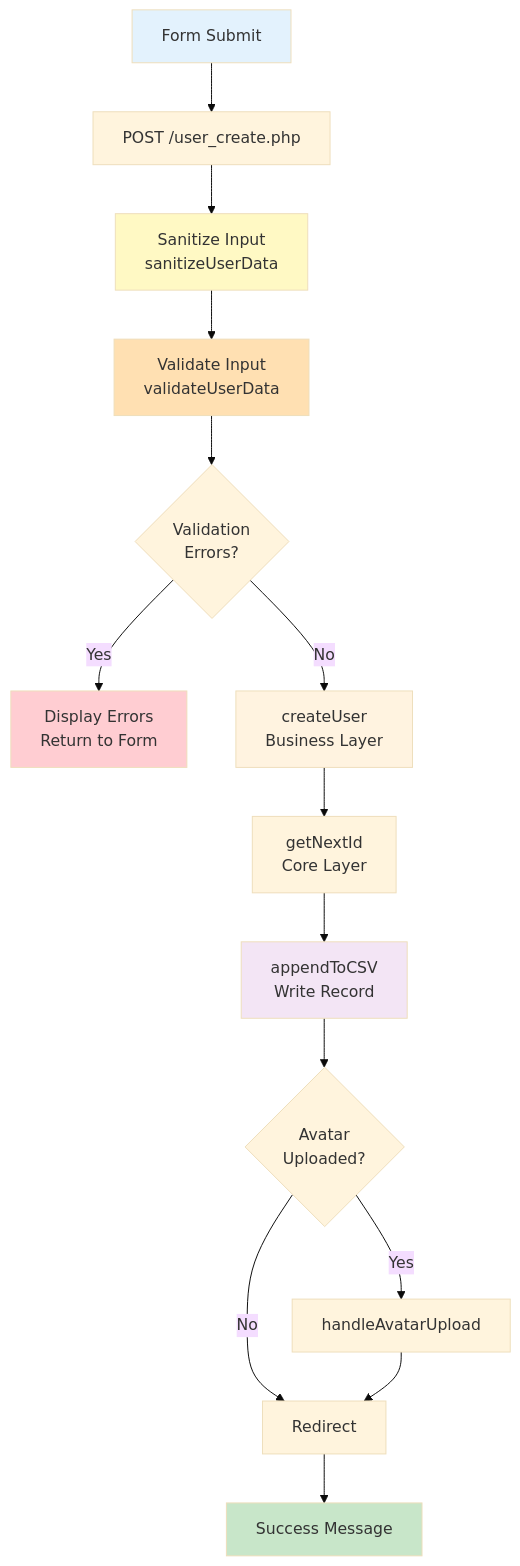
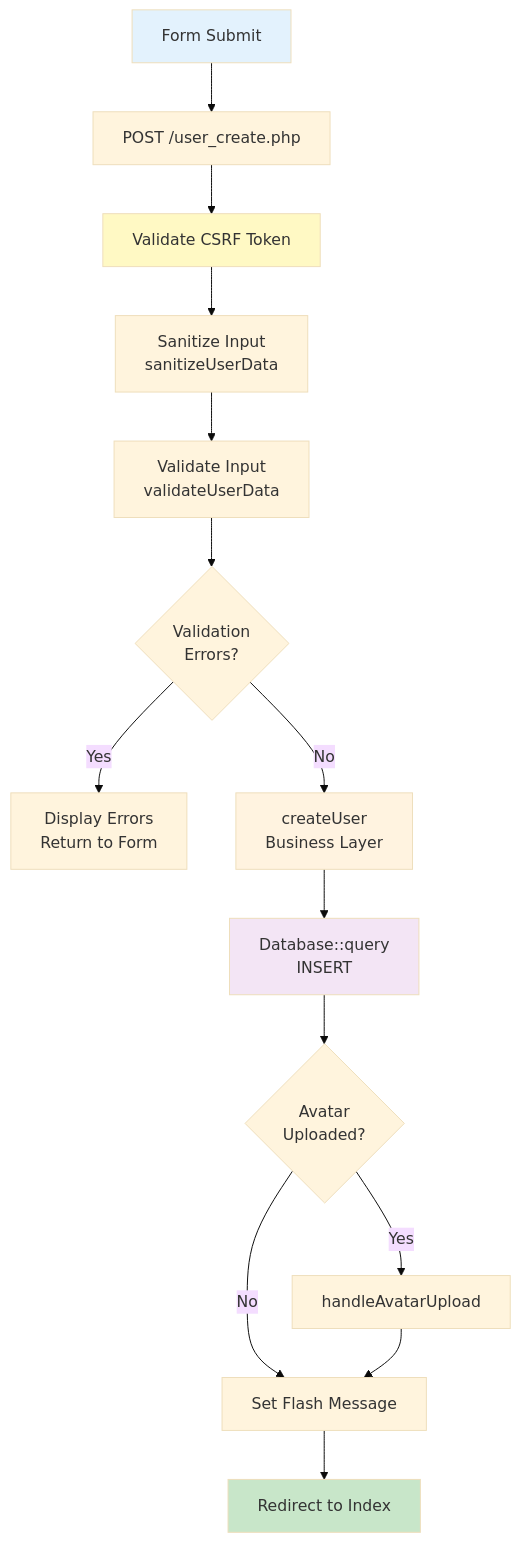
The second of 2 diagrams in docs/TECHNICAL_DOC.md (EsderJ10/CRUDle), drawn with Mermaid (base theme) before and after one commit. The commit also changed other lines of this file and 3 other files, not shown here.

````diff
--- a/docs/TECHNICAL_DOC.md
+++ b/docs/TECHNICAL_DOC.md
@@ -183,24 +181,22 @@
 ```mermaid
 graph TB
     A[Form Submit] --> B[POST /user_create.php]
-    B --> C[Sanitize Input<br/>sanitizeUserData]
-    C --> D[Validate Input<br/>validateUserData]
-    D --> E{Validation<br/>Errors?}
-    E -->|Yes| F[Display Errors<br/>Return to Form]
-    E -->|No| G[createUser<br/>Business Layer]
-    G --> H[getNextId<br/>Core Layer]
-    H --> I[appendToCSV<br/>Write Record]
+    B --> C[Validate CSRF Token]
+    C --> D[Sanitize Input<br/>sanitizeUserData]
+    D --> E[Validate Input<br/>validateUserData]
+    E --> F{Validation<br/>Errors?}
+    F -->|Yes| G[Display Errors<br/>Return to Form]
+    F -->|No| H[createUser<br/>Business Layer]
+    H --> I[Database::query<br/>INSERT]
     I --> J{Avatar<br/>Uploaded?}
     J -->|Yes| K[handleAvatarUpload]
-    J -->|No| L[Redirect]
+    J -->|No| L[Set Flash Message]
     K --> L
-    L --> M[Success Message]
+    L --> M[Redirect to Index]
     
     style A fill:#e3f2fd
     style C fill:#fff9c4
-    style D fill:#ffe0b2
-    style F fill:#ffcdd2
-    style G fill:#fff3e0
+    style H fill:#fff3e0
     style I fill:#f3e5f5
     style M fill:#c8e6c9
 ```
````
